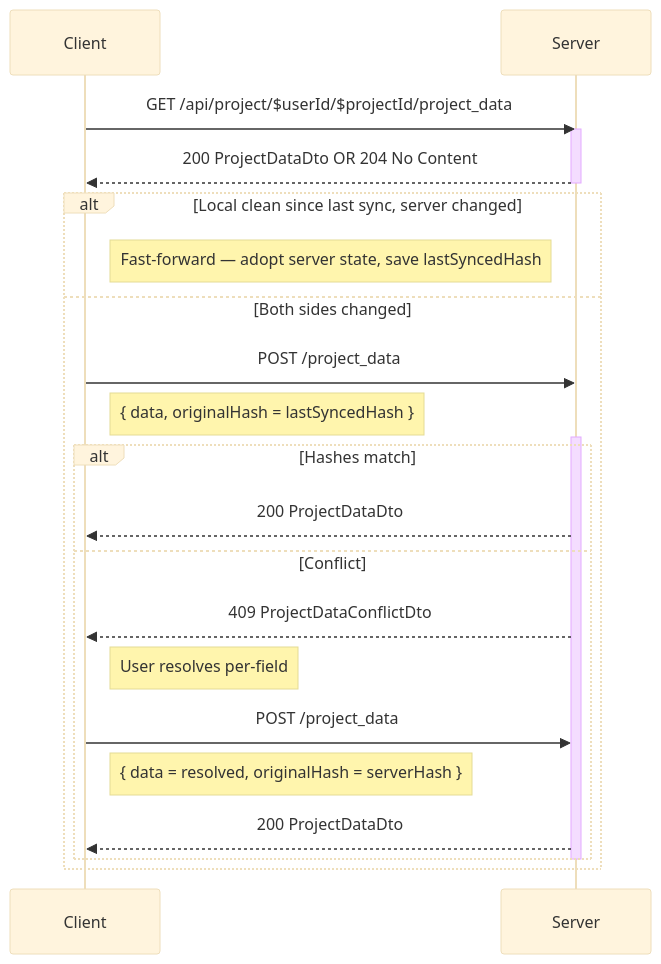
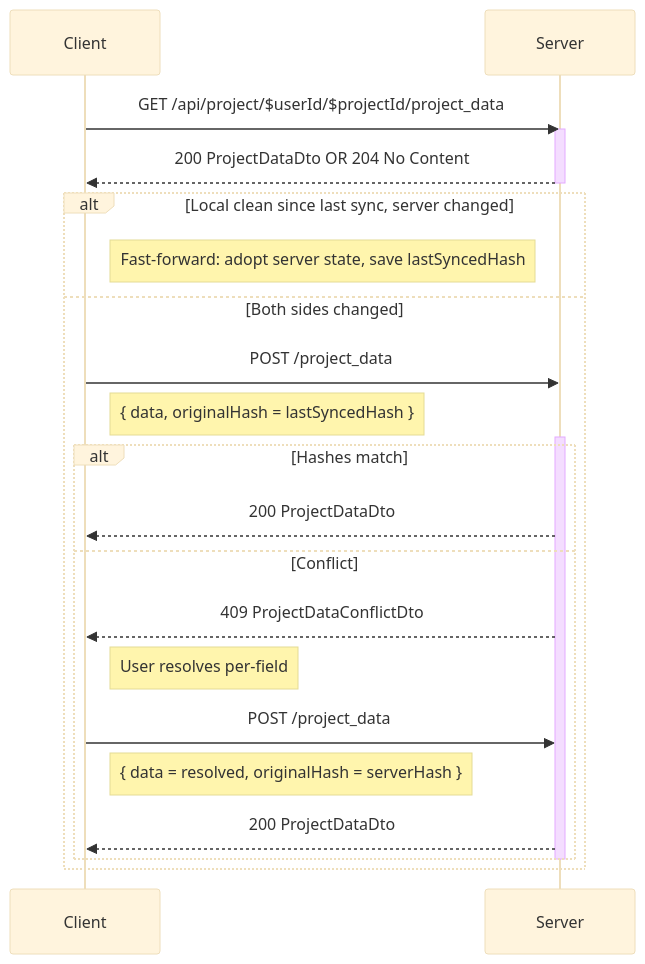
One commit to Darkrock-Studios/hammer-editor changed the eighth of 10 diagrams in docs/SYNCING-PROTOCOL.md. Above: the diagram before and after it, drawn with Mermaid (base theme). The commit also changed other lines of this file and 212 other files, not shown here.

````diff
--- a/docs/SYNCING-PROTOCOL.md
+++ b/docs/SYNCING-PROTOCOL.md
@@ -767,28 +906,28 @@
 ```mermaid
 sequenceDiagram
     participant Client
     participant Server
 
     Client->>Server: GET /api/project/$userId/$projectId/project_data
     activate Server
     Server -->> Client: 200 ProjectDataDto OR 204 No Content
     deactivate Server
 
     alt Local clean since last sync, server changed
-        Note right of Client: Fast-forward — adopt server state, save lastSyncedHash
+        Note right of Client: Fast-forward: adopt server state, save lastSyncedHash
     else Both sides changed
         Client->>Server: POST /project_data
         Note right of Client: { data, originalHash = lastSyncedHash }
         activate Server
         alt Hashes match
             Server -->> Client: 200 ProjectDataDto
         else Conflict
             Server -->> Client: 409 ProjectDataConflictDto
             Note right of Client: User resolves per-field
             Client->>Server: POST /project_data
             Note right of Client: { data = resolved, originalHash = serverHash }
             Server -->> Client: 200 ProjectDataDto
         end
         deactivate Server
     end
 ```
````
